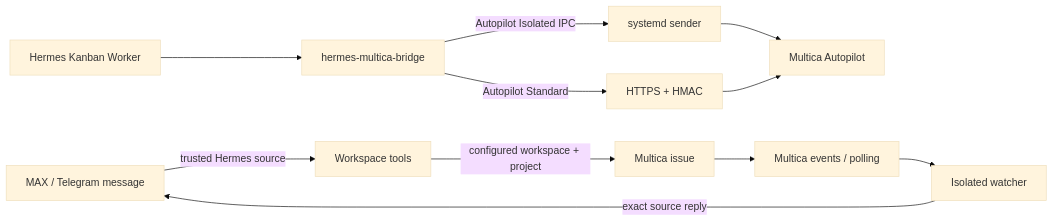
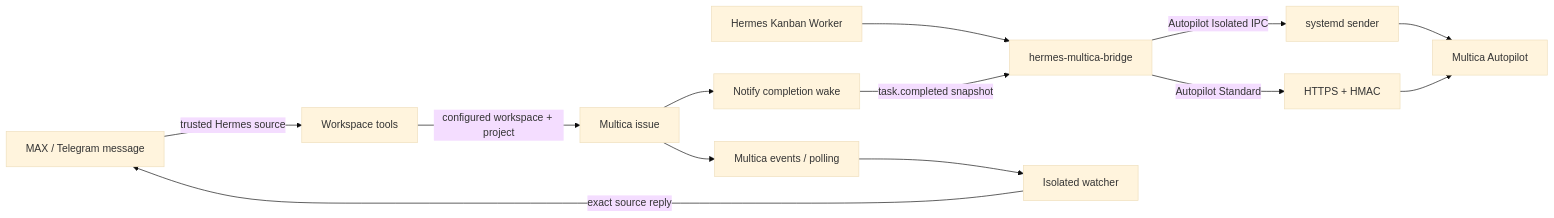
The diagram in README-RU.md (teknokomo/hermes-multica-bridge), drawn with Mermaid (base theme) before and after one commit. The commit also changed other lines of this file and 11 other files, not shown here.

````diff
--- a/README-RU.md
+++ b/README-RU.md
@@ -54,13 +58,15 @@
 ```mermaid
 flowchart LR
   K[Hermes Kanban Worker] --> P[hermes-multica-bridge]
   P -->|Autopilot Standard| H[HTTPS + HMAC]
   P -->|Autopilot Isolated IPC| S[systemd sender]
   S --> M[Multica Autopilot]
   H --> M
   C[MAX / Telegram message] -->|trusted Hermes source| W[Workspace tools]
   W -->|configured workspace + project| I[Multica issue]
+  I --> N[Notify completion wake]
+  N -->|task.completed snapshot| P
   I --> E[Multica events / polling]
   E --> X[Isolated watcher]
   X -->|exact source reply| C
 ```
````
